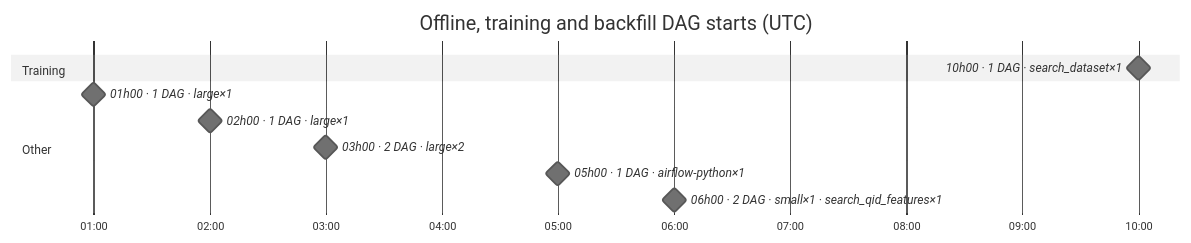
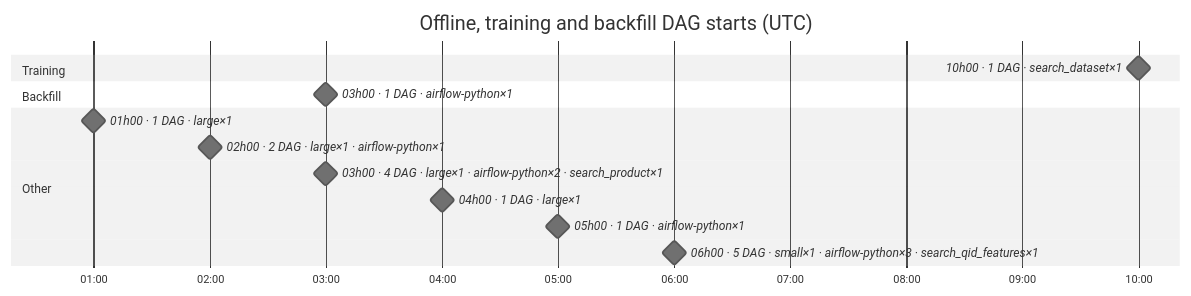
Before and after one commit to DayMarket/ml-feature-platform: the sixth of 7 diagrams in docs/feature_platform_map.md, drawn with Mermaid (neutral theme). The commit also changed other lines of this file and 4 other files, not shown here.

````diff
--- a/docs/feature_platform_map.md
+++ b/docs/feature_platform_map.md
@@ -213,16 +239,18 @@
 ```mermaid
 gantt
     title Offline, training and backfill DAG starts (UTC)
     dateFormat HH:mm
     axisFormat %H:%M
     tickInterval 1hour
     section Training
     10h00 · 1 DAG · search_dataset×1 :milestone, s0_0600, 10:00, 0m
     section Backfill
+    03h00 · 1 DAG · airflow-python×1 :milestone, s1_0180, 03:00, 0m
     section Other
     01h00 · 1 DAG · large×1 :milestone, s2_0060, 01:00, 0m
-    02h00 · 1 DAG · large×1 :milestone, s2_0120, 02:00, 0m
-    03h00 · 2 DAG · large×2 :milestone, s2_0180, 03:00, 0m
+    02h00 · 2 DAG · large×1 · airflow-python×1 :milestone, s2_0120, 02:00, 0m
+    03h00 · 4 DAG · large×1 · airflow-python×2 · search_product×1 :milestone, s2_0180, 03:00, 0m
+    04h00 · 1 DAG · large×1 :milestone, s2_0240, 04:00, 0m
     05h00 · 1 DAG · airflow-python×1 :milestone, s2_0300, 05:00, 0m
-    06h00 · 2 DAG · small×1 · search_qid_features×1 :milestone, s2_0360, 06:00, 0m
+    06h00 · 5 DAG · small×1 · airflow-python×3 · search_qid_features×1 :milestone, s2_0360, 06:00, 0m
 ```
````
